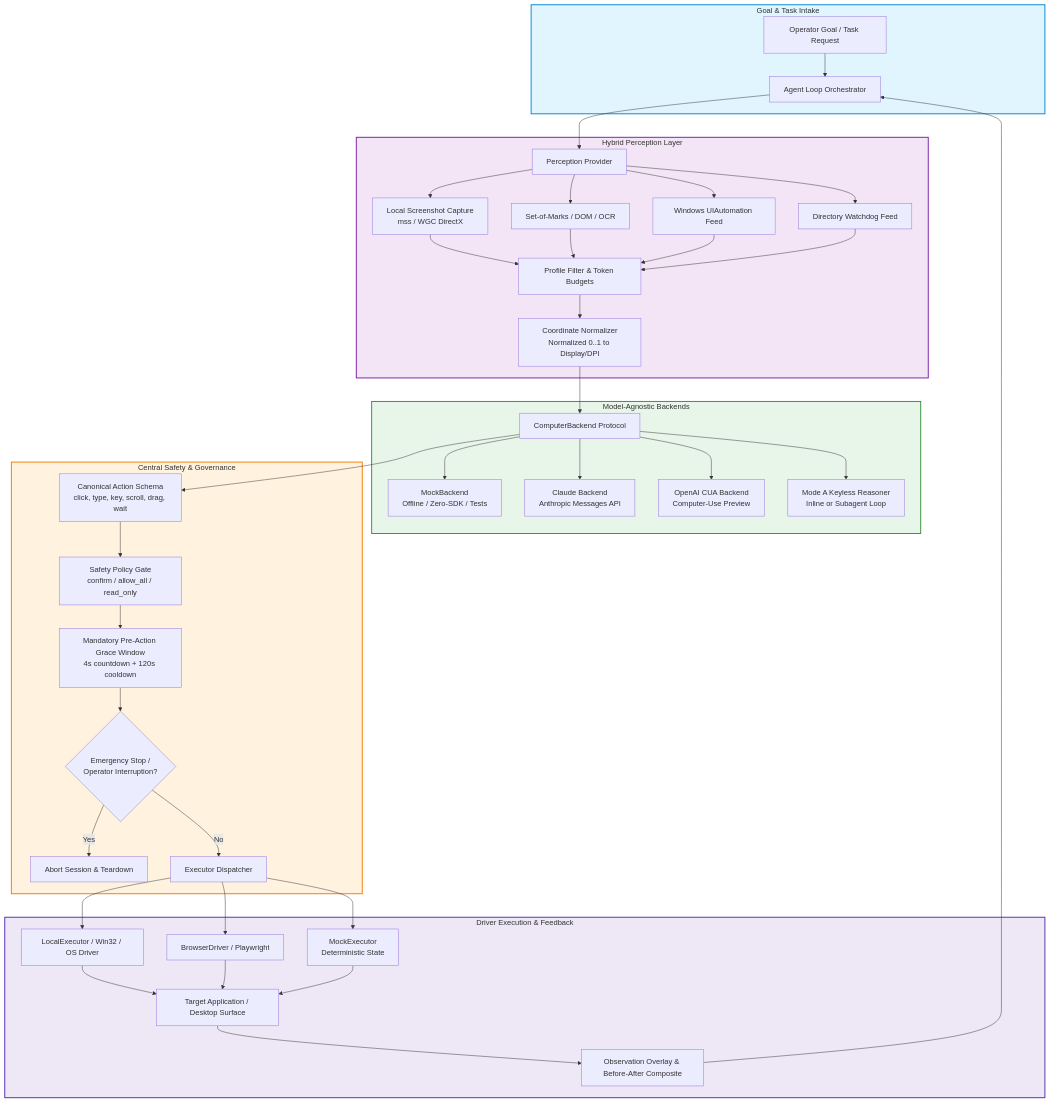
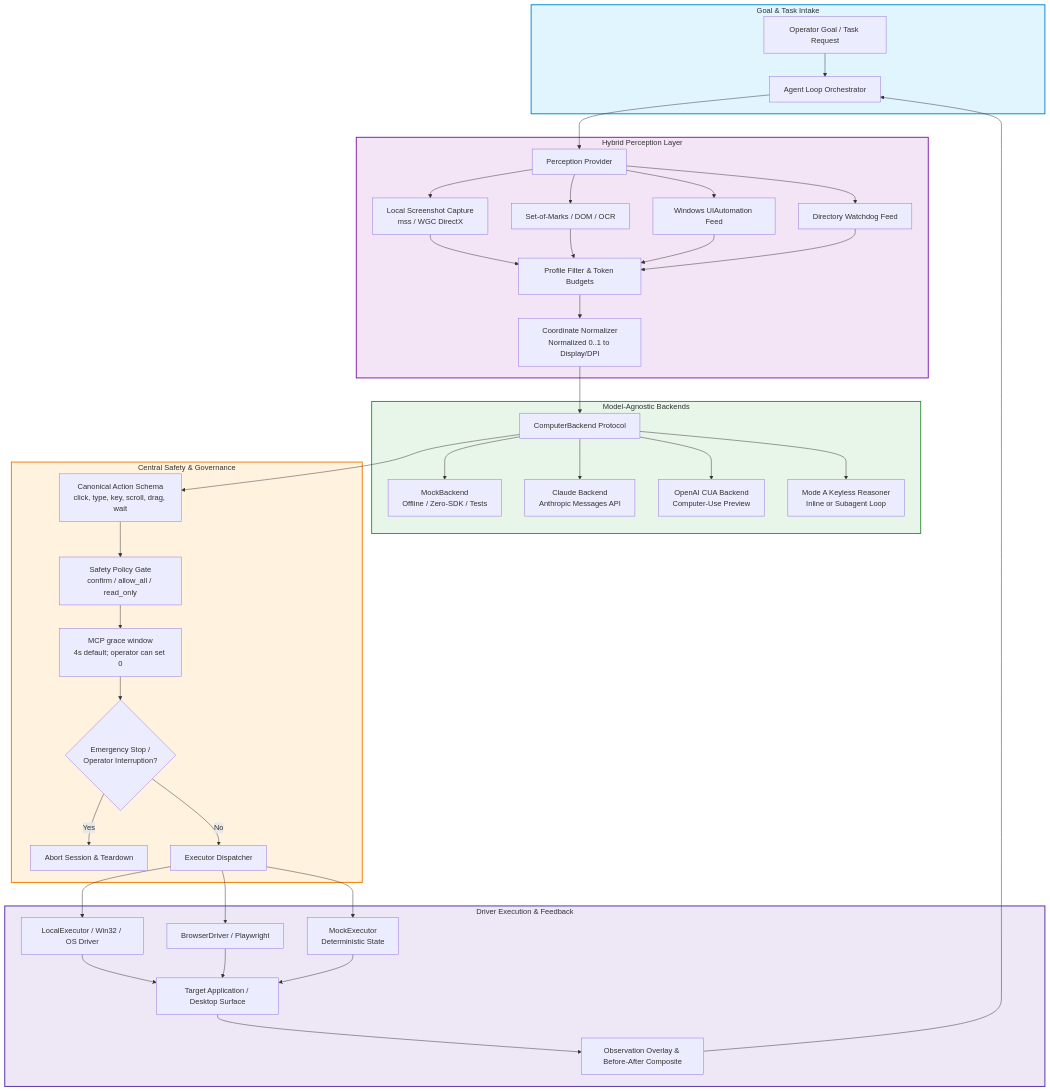
The first of 2 diagrams in README.md (ellmos-ai/open-compute), drawn with Mermaid before and after one commit. The commit also changed other lines of this file and 9 other files, not shown here.

````diff
--- a/README.md
+++ b/README.md
@@ -156,48 +156,48 @@
 ```mermaid
 flowchart TD
     subgraph Input ["Goal & Task Intake"]
         G[Operator Goal / Task Request] --> L[Agent Loop Orchestrator]
     end
 
     subgraph PerceptionLayer ["Hybrid Perception Layer"]
         L --> P[Perception Provider]
         P --> P1[Local Screenshot Capture<br/>mss / WGC DirectX]
         P --> P2[Set-of-Marks / DOM / OCR]
         P --> P3[Windows UIAutomation Feed]
         P --> P4[Directory Watchdog Feed]
         P1 & P2 & P3 & P4 --> PF[Profile Filter & Token Budgets]
         PF --> COORD[Coordinate Normalizer<br/>Normalized 0..1 to Display/DPI]
     end
 
     subgraph BackendLayer ["Model-Agnostic Backends"]
         COORD --> BACK[ComputerBackend Protocol]
         BACK --> B1[MockBackend<br/>Offline / Zero-SDK / Tests]
         BACK --> B2[Claude Backend<br/>Anthropic Messages API]
         BACK --> B3[OpenAI CUA Backend<br/>Computer-Use Preview]
         BACK --> B4[Mode A Keyless Reasoner<br/>Inline or Subagent Loop]
     end
 
     subgraph SafetyLayer ["Central Safety & Governance"]
         BACK --> ACT[Canonical Action Schema<br/>click, type, key, scroll, drag, wait]
         ACT --> SG[Safety Policy Gate<br/>confirm / allow_all / read_only]
-        SG --> GW[Mandatory Pre-Action Grace Window<br/>4s countdown + 120s cooldown]
+        SG --> GW[MCP grace window<br/>4s default; operator can set 0]
         GW --> ABORT{Emergency Stop /<br/>Operator Interruption?}
         ABORT -- Yes --> STOP[Abort Session & Teardown]
         ABORT -- No --> EXEC[Executor Dispatcher]
     end
 
     subgraph ExecutionLayer ["Driver Execution & Feedback"]
         EXEC --> E1[LocalExecutor / Win32 / OS Driver]
         EXEC --> E2[BrowserDriver / Playwright]
         EXEC --> E3[MockExecutor<br/>Deterministic State]
         E1 & E2 & E3 --> SCREEN[Target Application / Desktop Surface]
         SCREEN --> OBS[Observation Overlay & Before-After Composite]
         OBS --> L
     end
 
     style Input fill:#e1f5fe,stroke:#0288d1,stroke-width:2px
     style PerceptionLayer fill:#f3e5f5,stroke:#7b1fa2,stroke-width:2px
     style BackendLayer fill:#e8f5e9,stroke:#388e3c,stroke-width:2px
     style SafetyLayer fill:#fff3e0,stroke:#f57c00,stroke-width:2px
     style ExecutionLayer fill:#ede7f6,stroke:#512da8,stroke-width:2px
 ```
````
